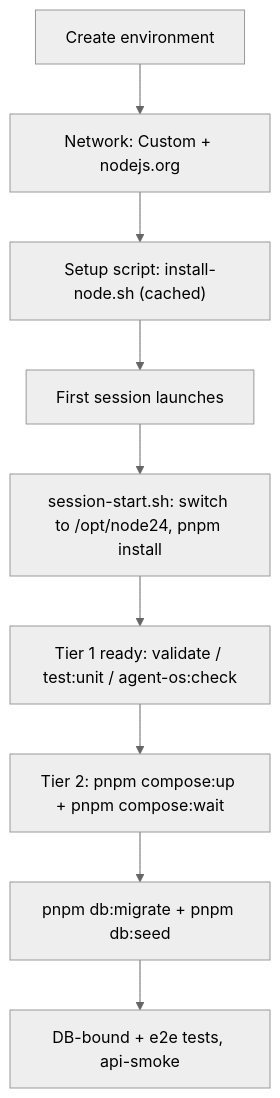
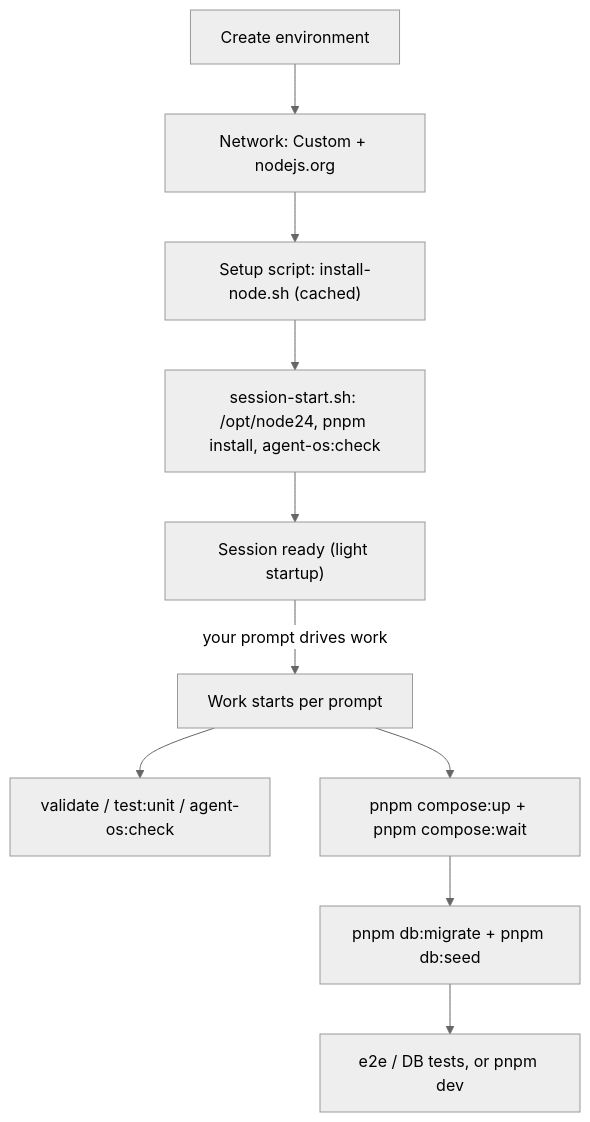
Before and after one commit to nikunjmavani/core-be: the diagram in docs/integrations/claude-code-web-environment.md, drawn with Mermaid (neutral theme). The commit also changed other lines of this file and 2 other files, not shown here.

Commit message:
feat(hooks): run agent-os:check as the only startup gate; keep startup light
Encode the session model: startup stays light — Node + deps + a single
fail-open `pnpm agent-os:check` readiness gate (web-only). Heavy work
(compose:up, db:migrate, db:seed, tests, pnpm dev) runs on demand per prompt,
not bootstrapped at startup. session-start.sh reports the agent-os result in the
readiness context and states the on-demand model.

Docs: hooks README session-start row updated; the web-environment guide gains a
"Session startup vs on-demand" section and a two-phase setup-flow diagram.
markdownlint and agent-os:check pass.

https://claude.ai/code/session_016GMFEiWmqGs1Lq9ua7EB6m

````diff
--- a/docs/integrations/claude-code-web-environment.md
+++ b/docs/integrations/claude-code-web-environment.md
@@ -127,11 +133,12 @@
 ```mermaid
 flowchart TD
   create["Create environment"] --> net["Network: Custom + nodejs.org"]
   net --> setupScript["Setup script: install-node.sh (cached)"]
-  setupScript --> firstRun["First session launches"]
-  firstRun --> hook["session-start.sh: switch to /opt/node24, pnpm install"]
-  hook --> tier1["Tier 1 ready: validate / test:unit / agent-os:check"]
-  tier1 --> tier2["Tier 2: pnpm compose:up + pnpm compose:wait"]
-  tier2 --> migrate["pnpm db:migrate + pnpm db:seed"]
-  migrate --> tests["DB-bound + e2e tests, api-smoke"]
+  setupScript --> hook["session-start.sh: /opt/node24, pnpm install, agent-os:check"]
+  hook --> ready["Session ready (light startup)"]
+  ready -->|"your prompt drives work"| prompt["Work starts per prompt"]
+  prompt --> staticChecks["validate / test:unit / agent-os:check"]
+  prompt --> services["pnpm compose:up + pnpm compose:wait"]
+  services --> migrate["pnpm db:migrate + pnpm db:seed"]
+  migrate --> dbWork["e2e / DB tests, or pnpm dev"]
 ```
````
